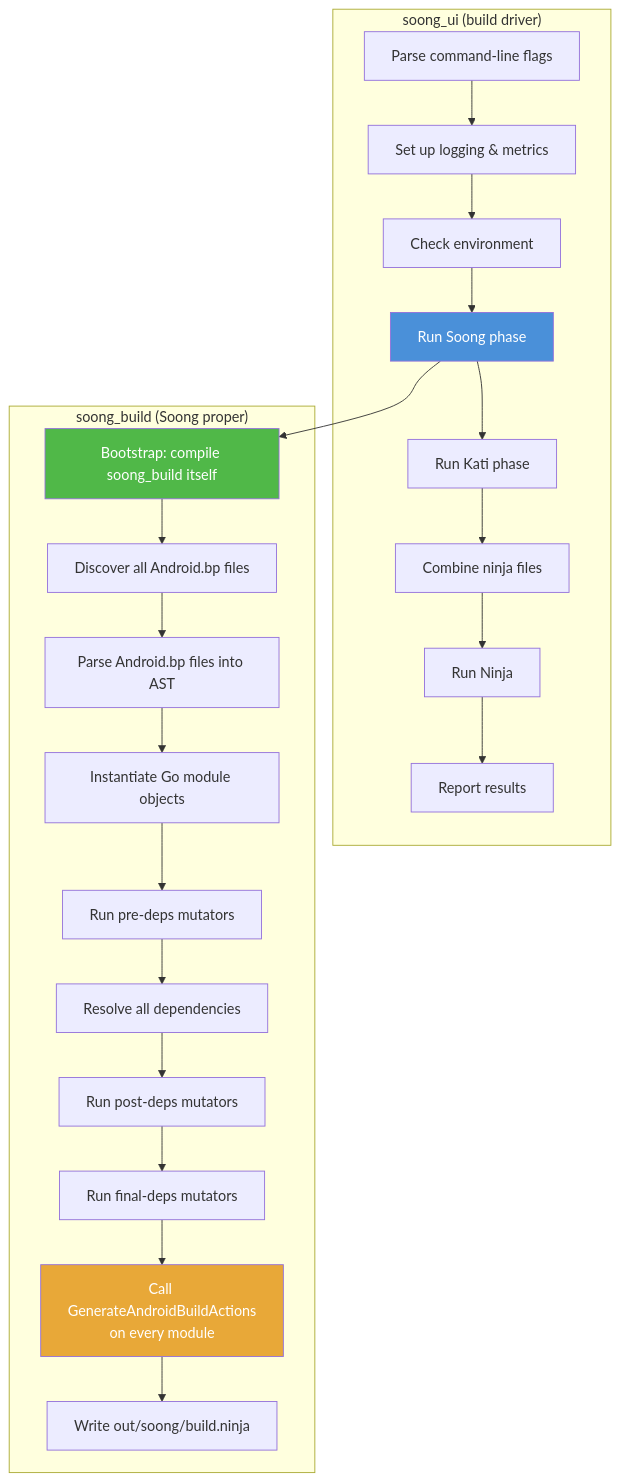
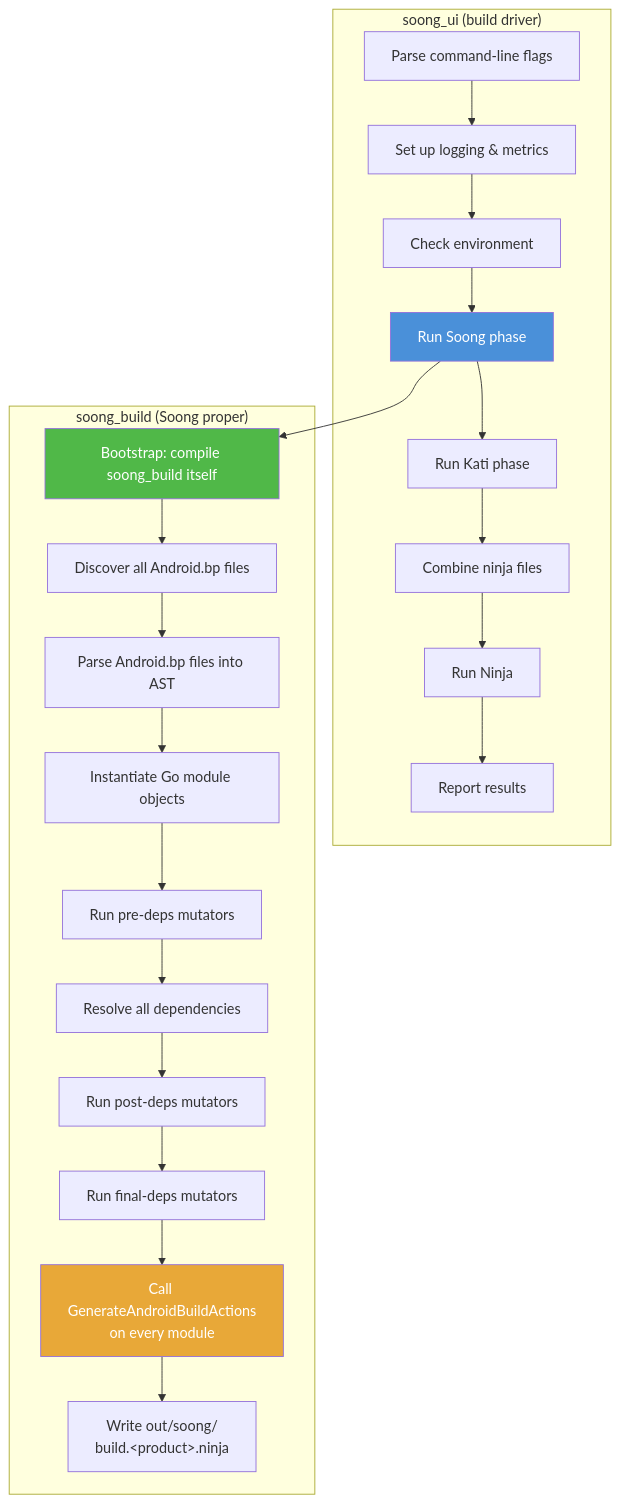
The fifth of 19 diagrams in agents/claude/skills/aosp-getting-started/02-source-and-build.md (aospbooks/aosp-internal-book), drawn with Mermaid before and after one commit. The commit also changed other lines of this file and 218 other files, not shown here.

````diff
--- a/agents/claude/skills/aosp-getting-started/02-source-and-build.md
+++ b/agents/claude/skills/aosp-getting-started/02-source-and-build.md
@@ -980,36 +987,36 @@
 ```mermaid
 graph TB
     subgraph "soong_ui (build driver)"
         UI1[Parse command-line flags]
         UI2[Set up logging & metrics]
         UI3[Check environment]
         UI4[Run Soong phase]
         UI5[Run Kati phase]
         UI6[Combine ninja files]
         UI7[Run Ninja]
         UI8[Report results]
 
         UI1 --> UI2 --> UI3 --> UI4 --> UI5 --> UI6 --> UI7 --> UI8
     end
 
     subgraph "soong_build (Soong proper)"
         SB1[Bootstrap: compile soong_build itself]
         SB2[Discover all Android.bp files]
         SB3[Parse Android.bp files into AST]
         SB4[Instantiate Go module objects]
         SB5[Run pre-deps mutators]
         SB6[Resolve all dependencies]
         SB7[Run post-deps mutators]
         SB8[Run final-deps mutators]
         SB9["Call GenerateAndroidBuildActions<br/>on every module"]
-        SB10[Write out/soong/build.ninja]
+        SB10["Write out/soong/<br/>build.&lt;product&gt;.ninja"]
 
         SB1 --> SB2 --> SB3 --> SB4 --> SB5 --> SB6 --> SB7 --> SB8 --> SB9 --> SB10
     end
 
     UI4 --> SB1
 
     style UI4 fill:#4a90d9,color:#fff
     style SB1 fill:#50b848,color:#fff
     style SB9 fill:#e8a838,color:#fff
 ```
````
